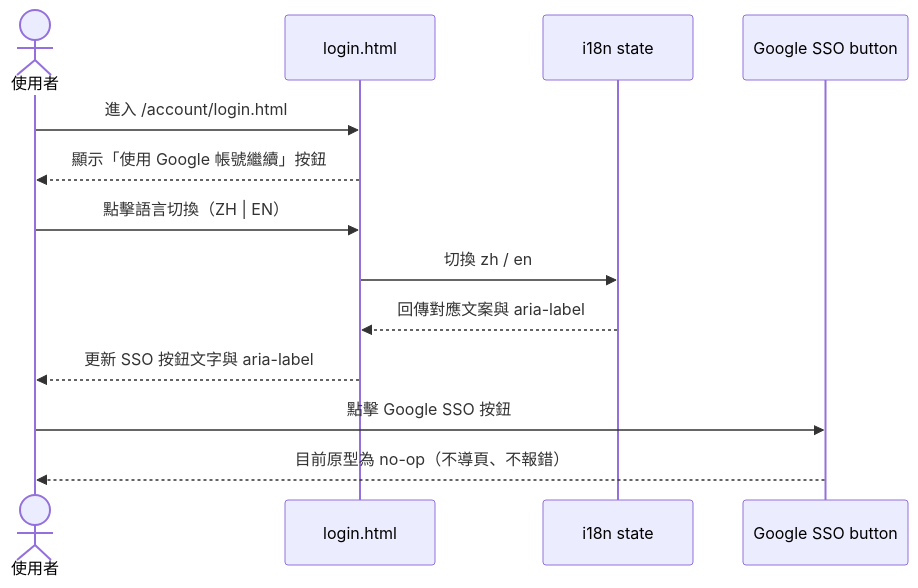
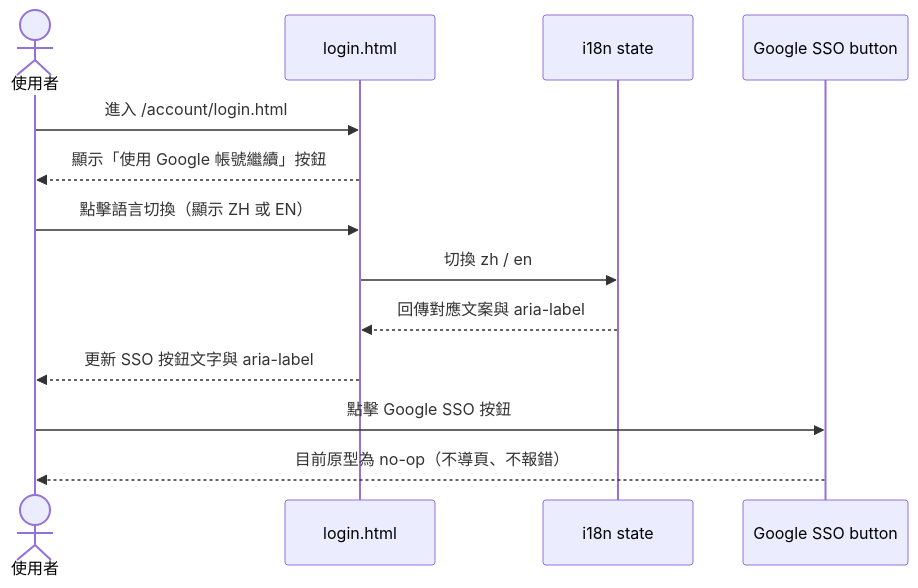
One commit to singyichen/label-suite changed the first of 2 diagrams in specs/account/002-login-google-sso/spec.md. Above: the diagram before and after it, drawn with Mermaid. The commit also changed other lines of this file and 8 other files, not shown here.

````diff
--- a/specs/account/002-login-google-sso/spec.md
+++ b/specs/account/002-login-google-sso/spec.md
@@ -16,18 +16,18 @@
 ```mermaid
 sequenceDiagram
     actor 使用者
     participant login as login.html
     participant i18n as i18n state
     participant ssoBtn as Google SSO button
 
     使用者->>login: 進入 /account/login.html
     login-->>使用者: 顯示「使用 Google 帳號繼續」按鈕
 
-    使用者->>login: 點擊語言切換（ZH | EN）
+    使用者->>login: 點擊語言切換（顯示 ZH 或 EN）
     login->>i18n: 切換 zh / en
     i18n-->>login: 回傳對應文案與 aria-label
     login-->>使用者: 更新 SSO 按鈕文字與 aria-label
 
     使用者->>ssoBtn: 點擊 Google SSO 按鈕
     ssoBtn-->>使用者: 目前原型為 no-op（不導頁、不報錯）
 ```
````
